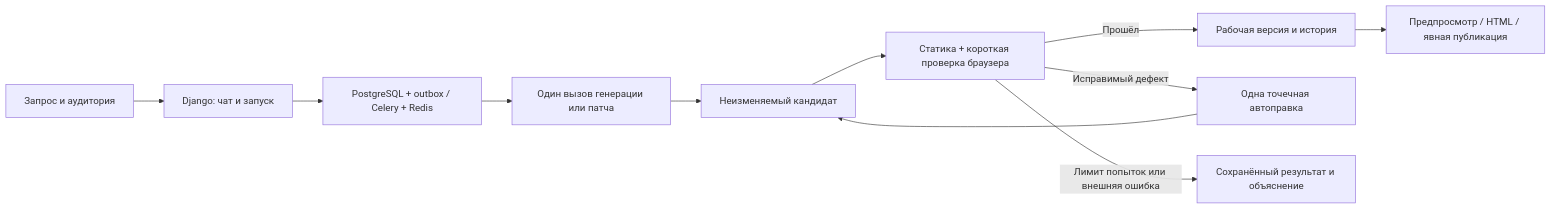
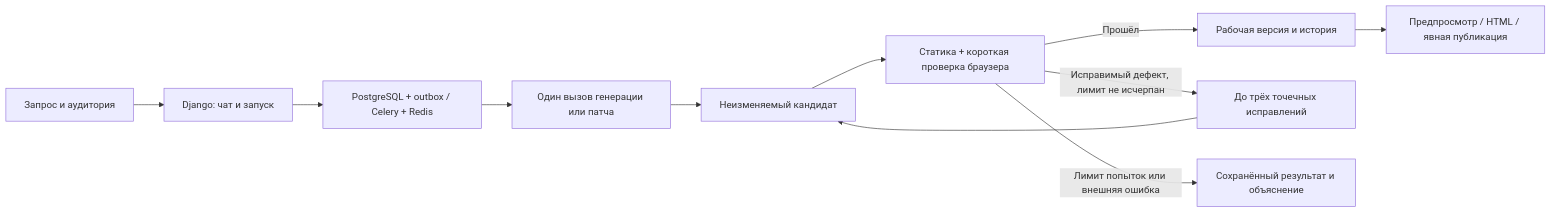
Before and after one commit to HoshiBatista/webgame-agent: the diagram in docs/architecture.md, drawn with Mermaid. The commit also changed other lines of this file and 24 other files, not shown here.

Commit message:
Document team deployment and audit ML architecture alignment

````diff
--- a/docs/architecture.md
+++ b/docs/architecture.md
@@ -8,13 +11,13 @@
 ```mermaid
 flowchart LR
     U[Запрос и аудитория] --> API[Django: чат и запуск]
     API --> Q[PostgreSQL + outbox / Celery + Redis]
     Q --> G[Один вызов генерации или патча]
     G --> C[Неизменяемый кандидат]
     C --> V[Статика + короткая проверка браузера]
     V -->|Прошёл| R[Рабочая версия и история]
-    V -->|Исправимый дефект| F[Одна точечная автоправка]
+    V -->|Исправимый дефект, лимит не исчерпан| F[До трёх точечных исправлений]
     F --> C
     V -->|Лимит попыток или внешняя ошибка| E[Сохранённый результат и объяснение]
     R --> P[Предпросмотр / HTML / явная публикация]
 ```
````
